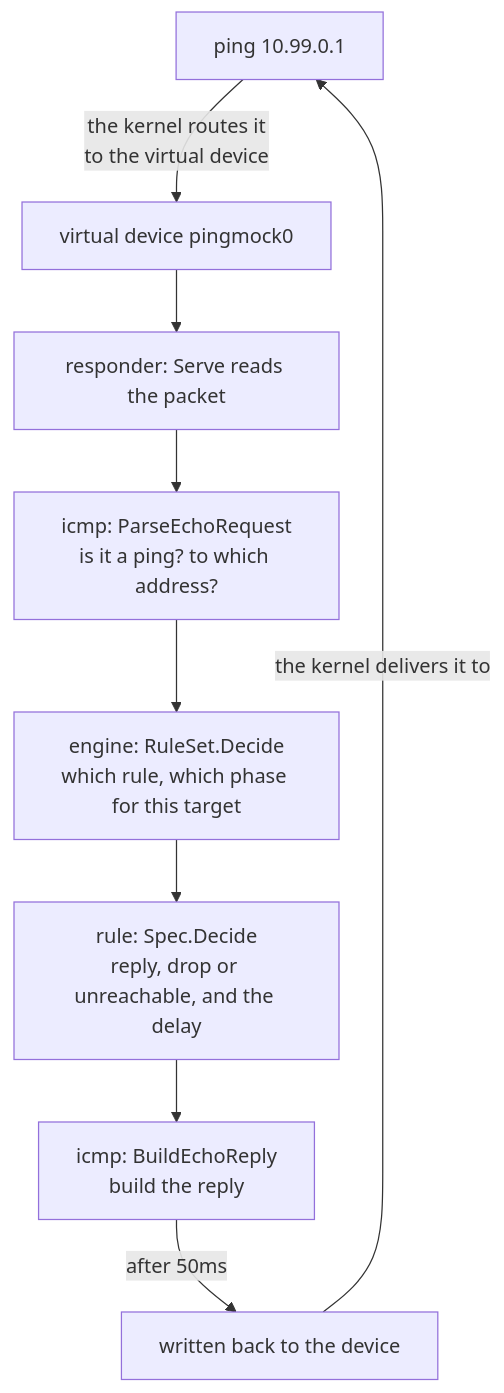
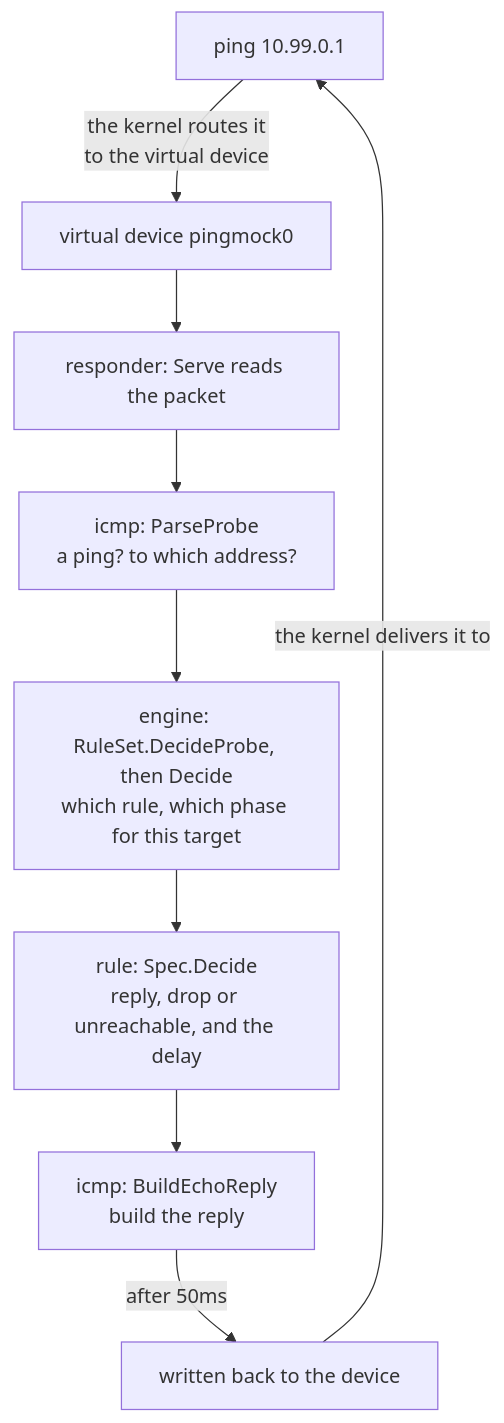
Before and after one commit to nanmuyao-tools/pingmock: the diagram in docs/architecture.md, drawn with Mermaid. The commit also changed other lines of this file and 26 other files, not shown here.

````diff
--- a/docs/architecture.md
+++ b/docs/architecture.md
@@ -39,11 +42,11 @@
 ```mermaid
 flowchart TD
     A["ping 10.99.0.1"] -->|"the kernel routes it<br>to the virtual device"| B["virtual device pingmock0"]
     B --> C["responder: Serve reads the packet"]
-    C --> D["icmp: ParseEchoRequest<br>is it a ping? to which address?"]
-    D --> E["engine: RuleSet.Decide<br>which rule, which phase for this target"]
+    C --> D["icmp: ParseProbe<br>a ping? to which address?"]
+    D --> E["engine: RuleSet.DecideProbe, then Decide<br>which rule, which phase for this target"]
     E --> F["rule: Spec.Decide<br>reply, drop or unreachable, and the delay"]
     F --> G["icmp: BuildEchoReply<br>build the reply"]
     G -->|"after 50ms"| H["written back to the device"]
     H -->|"the kernel delivers it to"| A
 ```
````
